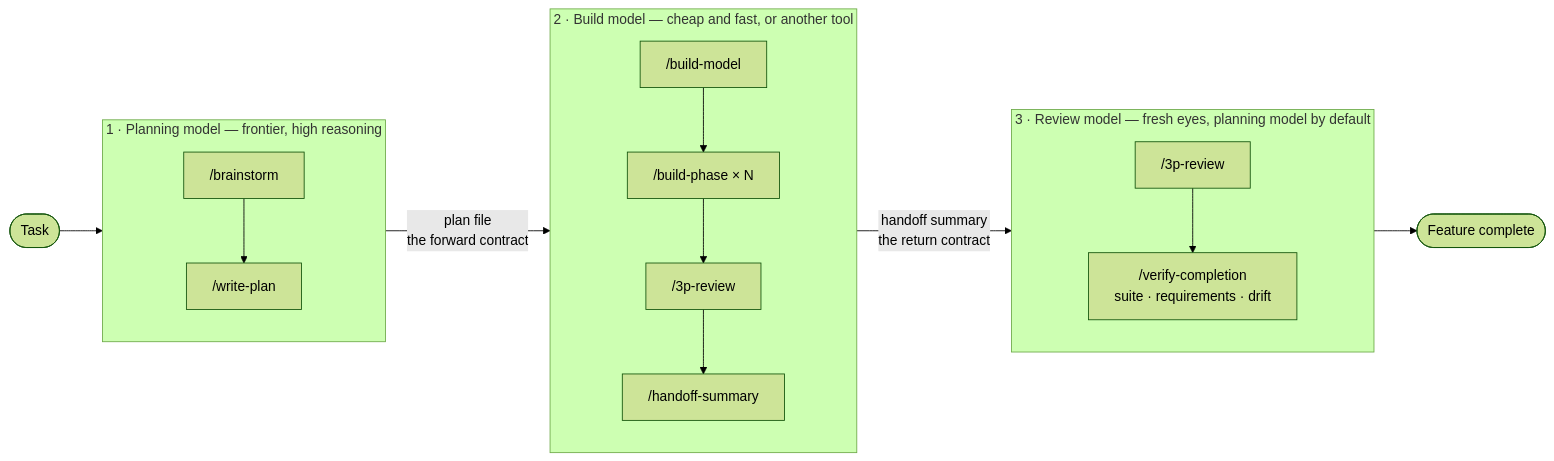
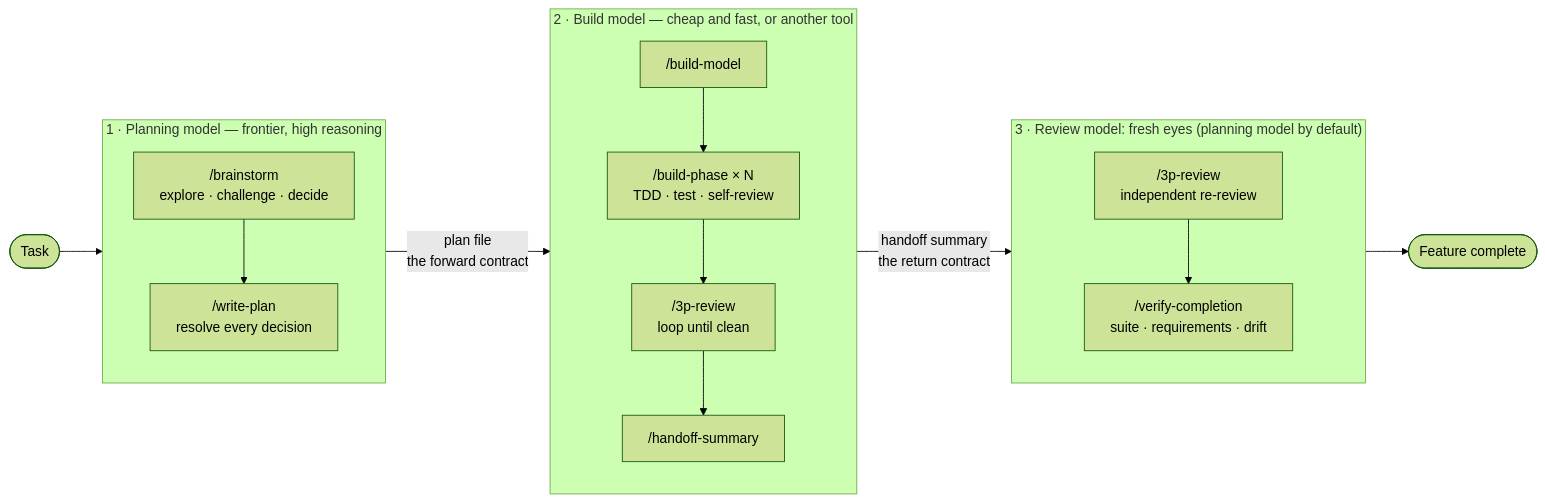
Before and after one commit to nikhilw/structured-agentic-workflow: the diagram in README.md, drawn with Mermaid (forest theme). The commit also changed other lines of this file and 21 other files, not shown here.

````diff
--- a/README.md
+++ b/README.md
@@ -308,27 +309,27 @@
 ```mermaid
 flowchart LR
     Start([Task]) --> P
 
     subgraph P ["1 · Planning model — frontier, high reasoning"]
         direction TB
-        P1["/brainstorm"] --> P2["/write-plan"]
+        P1["/brainstorm<br/>explore · challenge · decide"] --> P2["/write-plan<br/>resolve every decision"]
     end
 
     P -->|"plan file<br/>the forward contract"| B
 
     subgraph B ["2 · Build model — cheap and fast, or another tool"]
         direction TB
-        B1["/build-model"] --> B2["/build-phase × N"]
-        B2 --> B3["/3p-review"]
+        B1["/build-model"] --> B2["/build-phase × N<br/>TDD · test · self-review"]
+        B2 --> B3["/3p-review<br/>loop until clean"]
         B3 --> B4["/handoff-summary"]
     end
 
     B -->|"handoff summary<br/>the return contract"| R
 
-    subgraph R ["3 · Review model — fresh eyes, planning model by default"]
+    subgraph R ["3 · Review model: fresh eyes (planning model by default)"]
         direction TB
-        R1["/3p-review"] --> R2["/verify-completion<br/>suite · requirements · drift"]
+        R1["/3p-review<br/>independent re-review"] --> R2["/verify-completion<br/>suite · requirements · drift"]
     end
 
     R --> Done([Feature complete])
 ```
````
